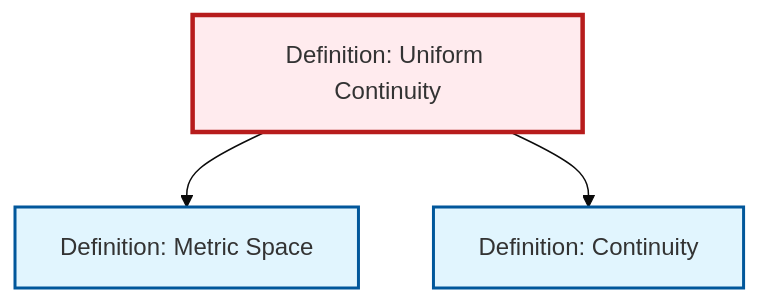
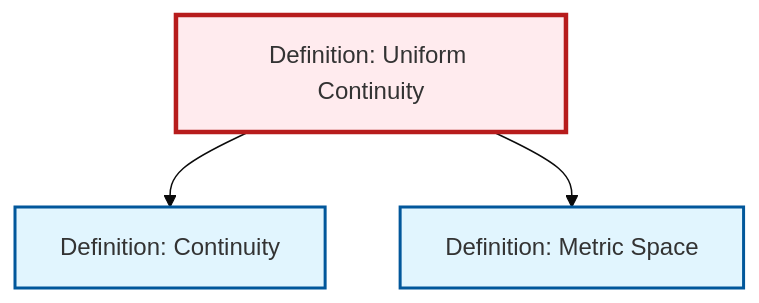
Before and after one commit to RK0429/ModernMath: the diagram in content/ja/analysis/def-uniform-continuity.qmd, drawn with Mermaid (base theme). The commit also changed other lines of this file and 615 other files, not shown here.

````diff
--- a/content/ja/analysis/def-uniform-continuity.qmd
+++ b/content/ja/analysis/def-uniform-continuity.qmd
@@ -68,17 +68,17 @@
 ```{mermaid}
 %%| fig-cap: "Local dependency graph"
 graph TD
     classDef definition fill:#e1f5fe,stroke:#01579b,stroke-width:2px
     classDef theorem fill:#f3e5f5,stroke:#4a148c,stroke-width:2px
     classDef axiom fill:#fff3e0,stroke:#e65100,stroke-width:2px
     classDef example fill:#e8f5e9,stroke:#1b5e20,stroke-width:2px
     classDef current fill:#ffebee,stroke:#b71c1c,stroke-width:3px
+    def-continuity["Definition: Continuity"]:::definition
     def-metric-space["Definition: Metric Space"]:::definition
     def-uniform-continuity["Definition: Uniform Continuity"]:::definition
-    def-continuity["Definition: Continuity"]:::definition
+    def-uniform-continuity --> def-continuity
     def-uniform-continuity --> def-metric-space
-    def-uniform-continuity --> def-continuity
     class def-uniform-continuity current
+    click def-continuity "def-continuity.html" "Definition: Continuityへ"
     click def-metric-space "def-metric-space.html" "Definition: Metric Spaceへ"
-    click def-continuity "def-continuity.html" "Definition: Continuityへ"
 ```
````
